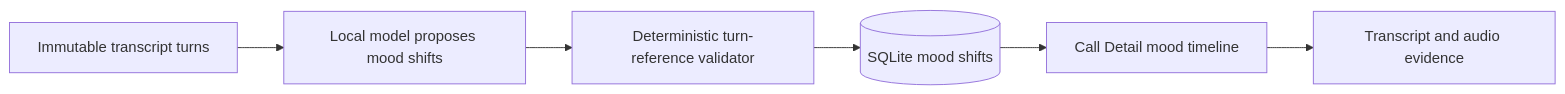
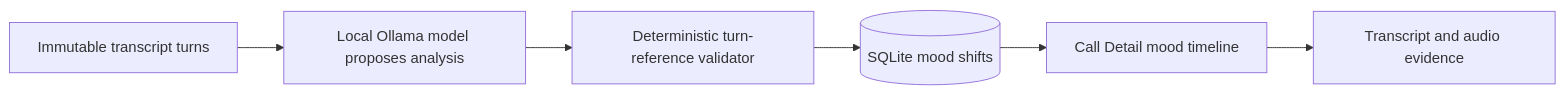
One commit to vrize-poc-demo/call-center-radar changed the diagram in docs/stories/story-3.9-mood-timeline.md. Above: the diagram before and after it, drawn with Mermaid. The commit also changed other lines of this file and 7 other files, not shown here.

Commit message:
feat: use local Ollama for call analysis

````diff
--- a/docs/stories/story-3.9-mood-timeline.md
+++ b/docs/stories/story-3.9-mood-timeline.md
@@ -45,8 +45,8 @@
 ```mermaid
 flowchart LR
-  T[Immutable transcript turns] --> M[Local model proposes mood shifts]
+  T[Immutable transcript turns] --> M[Local Ollama model proposes analysis]
   M --> V[Deterministic turn-reference validator]
   V --> S[(SQLite mood shifts)]
   S --> D[Call Detail mood timeline]
   D --> A[Transcript and audio evidence]
 ```
````
